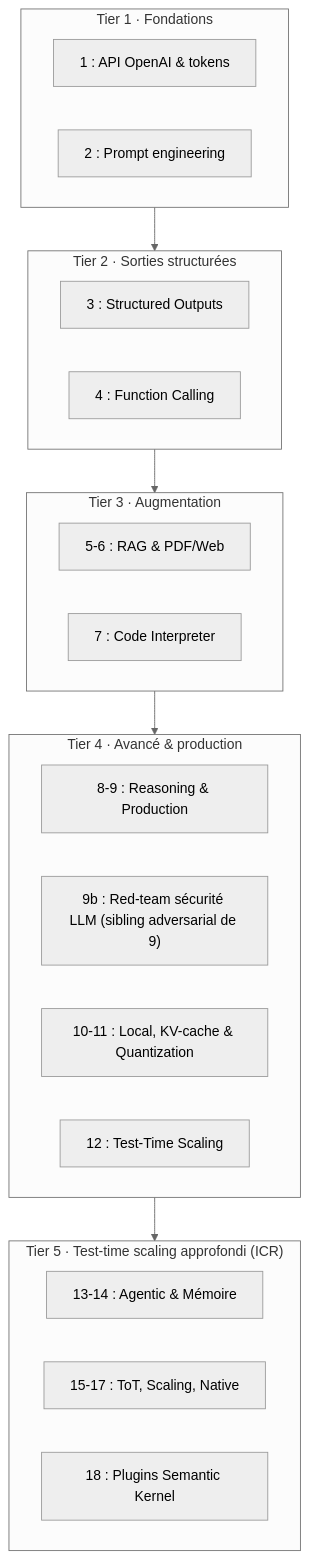
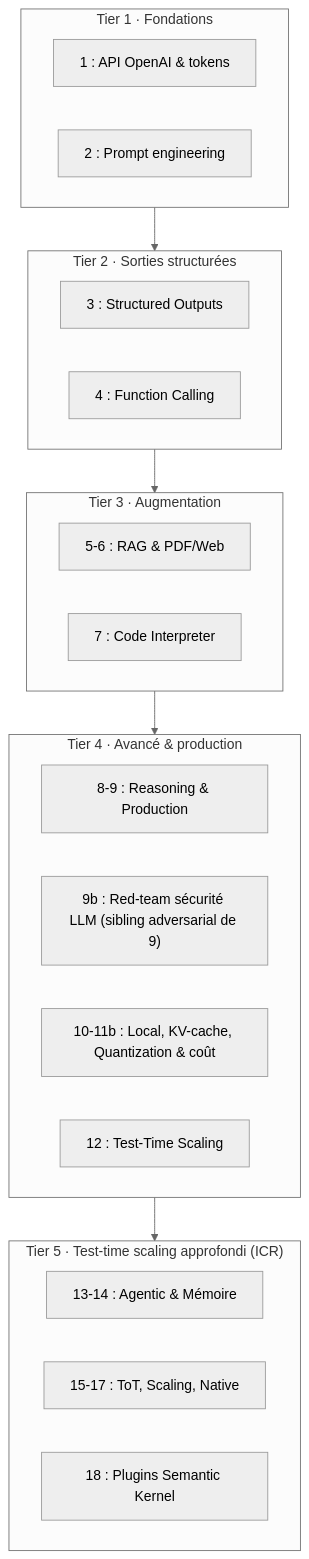
The diagram in MyIA.AI.Notebooks/GenAI/Texte/README.md (jsboige/CoursIA), drawn with Mermaid (neutral theme) before and after one commit. The commit also changed other lines of this file and 1 other file, not shown here.

````diff
--- a/MyIA.AI.Notebooks/GenAI/Texte/README.md
+++ b/MyIA.AI.Notebooks/GenAI/Texte/README.md
@@ -260,27 +261,27 @@
 ```mermaid
 flowchart TD
     subgraph T1["Tier 1 · Fondations"]
         A1["1 : API OpenAI & tokens"]
         A2["2 : Prompt engineering"]
     end
     subgraph T2["Tier 2 · Sorties structurées"]
         B1["3 : Structured Outputs"]
         B2["4 : Function Calling"]
     end
     subgraph T3["Tier 3 · Augmentation"]
         C1["5-6 : RAG & PDF/Web"]
         C2["7 : Code Interpreter"]
     end
     subgraph T4["Tier 4 · Avancé & production"]
         D1["8-9 : Reasoning & Production"]
         D1b["9b : Red-team sécurité LLM (sibling adversarial de 9)"]
-        D2["10-11 : Local, KV-cache & Quantization"]
+        D2["10-11b : Local, KV-cache, Quantization & coût"]
         D3["12 : Test-Time Scaling"]
     end
     subgraph T5["Tier 5 · Test-time scaling approfondi (ICR)"]
         E1["13-14 : Agentic & Mémoire"]
         E2["15-17 : ToT, Scaling, Native"]
         E3["18 : Plugins Semantic Kernel"]
     end
     T1 --> T2 --> T3 --> T4 --> T5
 ```
````
